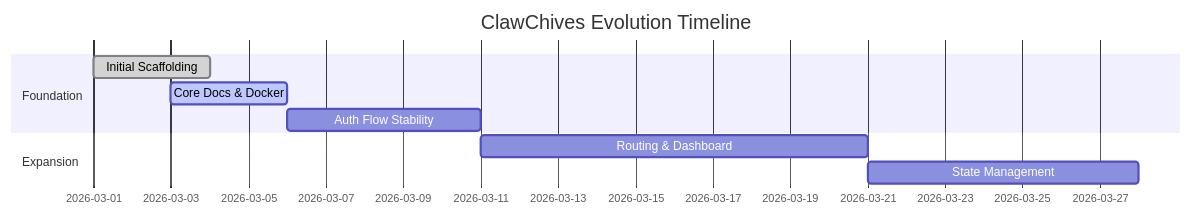
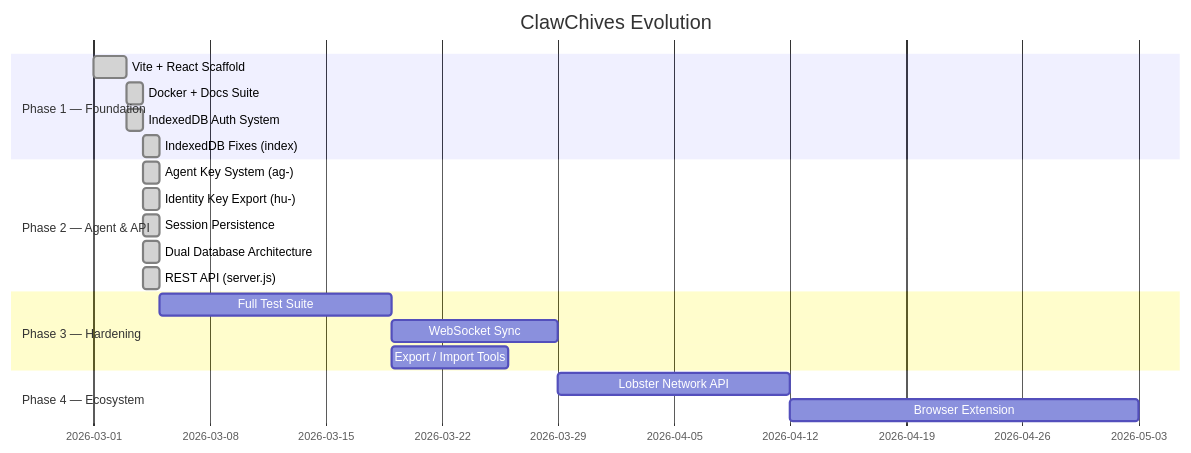
Before and after one commit to acidgreenservers/ClawChives: the diagram in ROADMAP.md, drawn with Mermaid. The commit also changed other lines of this file and 29 other files, not shown here.

````diff
--- a/ROADMAP.md
+++ b/ROADMAP.md
@@ -31,12 +12,23 @@
 ```mermaid
 gantt
-    title ClawChives Evolution Timeline
+    title ClawChives Evolution
     dateFormat  YYYY-MM-DD
-    section Foundation
-    Initial Scaffolding       :done,    des1, 2026-03-01, 2026-03-04
-    Core Docs & Docker        :active,  des2, 2026-03-03, 3d
-    Auth Flow Stability       :         des3, after des2, 5d
-    section Expansion
-    Routing & Dashboard       :         des4, after des3, 10d
-    State Management          :         des5, after des4, 7d
+    section Phase 1 — Foundation
+    Vite + React Scaffold       :done,    p1a, 2026-03-01, 2026-03-03
+    Docker + Docs Suite         :done,    p1b, 2026-03-03, 1d
+    IndexedDB Auth System       :done,    p1c, 2026-03-03, 1d
+    IndexedDB Fixes (index)     :done,    p1d, 2026-03-04, 1d
+    section Phase 2 — Agent & API
+    Agent Key System (ag-)      :done,    p2a, 2026-03-04, 1d
+    Identity Key Export (hu-)   :done,    p2b, 2026-03-04, 1d
+    Session Persistence         :done,    p2c, 2026-03-04, 1d
+    Dual Database Architecture  :done,    p2d, 2026-03-04, 1d
+    REST API (server.js)        :done,    p2e, 2026-03-04, 1d
+    section Phase 3 — Hardening
+    Full Test Suite             :         p3a, after p2e, 14d
+    WebSocket Sync              :         p3b, after p3a, 10d
+    Export / Import Tools       :         p3c, after p3a, 7d
+    section Phase 4 — Ecosystem
+    Lobster Network API         :         p4a, after p3b, 14d
+    Browser Extension           :         p4b, after p4a, 21d
 ```
````
